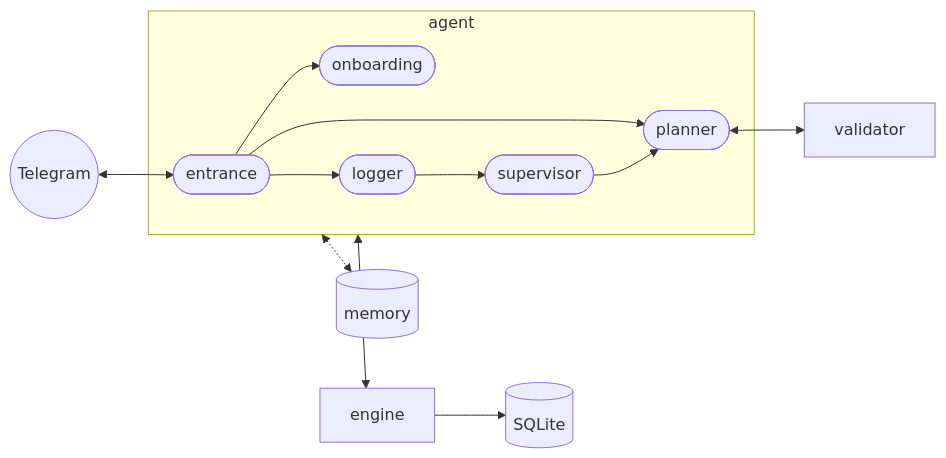
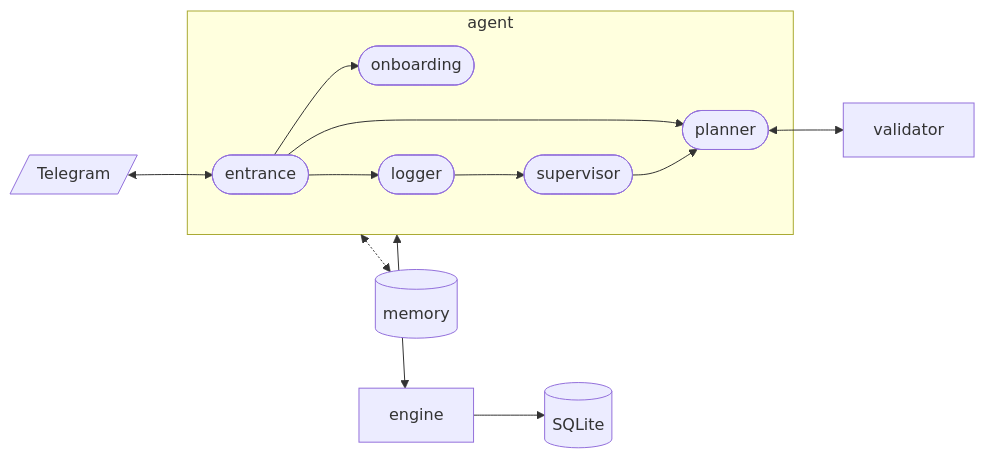
The diagram in README.md (danielediodati/REPS), drawn with Mermaid before and after one commit.

Commit message:
README: Telegram is a parallelogram, the flowchart's input and output
A circle is drawn as wide as its label is long, and dwarfed the graph.

````diff
--- a/README.md
+++ b/README.md
@@ -56,11 +56,11 @@
 ```mermaid
 flowchart LR
-  telegram((Telegram)) <--> entrance
+  telegram[/Telegram/] <--> entrance
   subgraph agent [agent]
     entrance([entrance]) --> onboarding([onboarding]) & logger([logger]) & planner([planner])
     logger --> supervisor([supervisor]) --> planner
   end
   planner <--> validator[validator]
   agent <--> engine[engine] --> db[(SQLite)]
   agent <-.-> store[(memory)]
 ```
````
